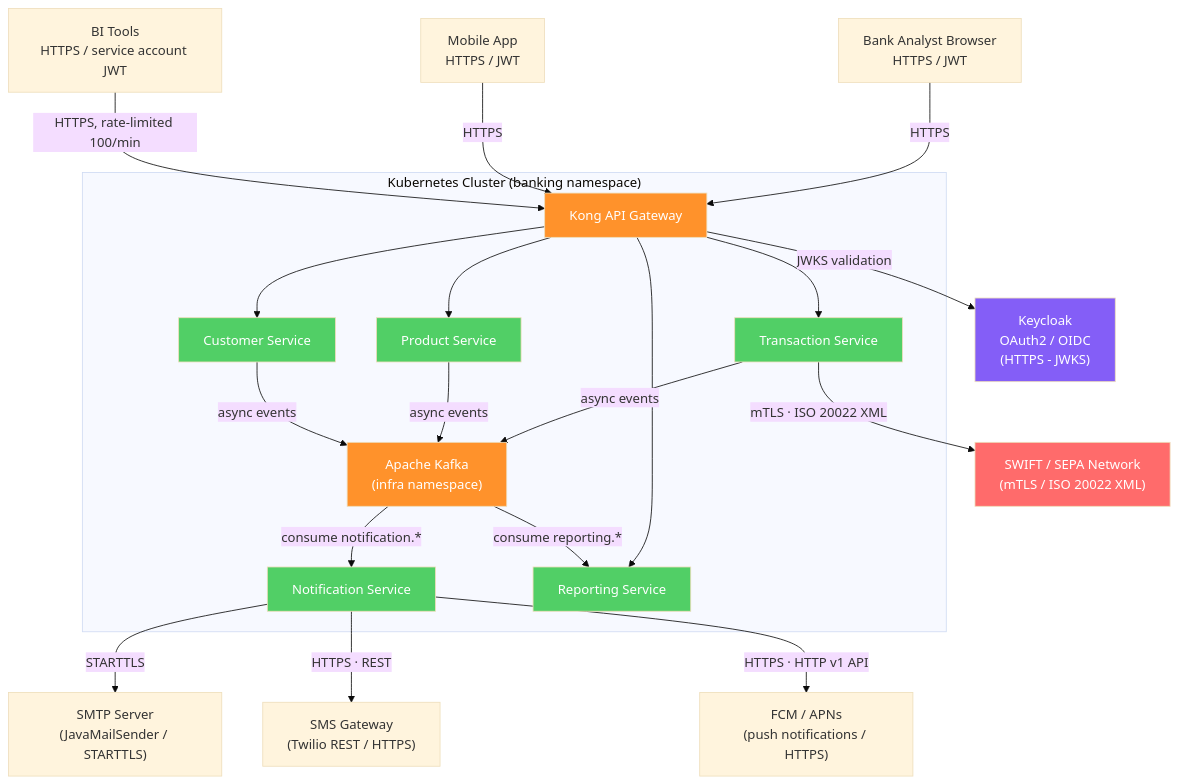
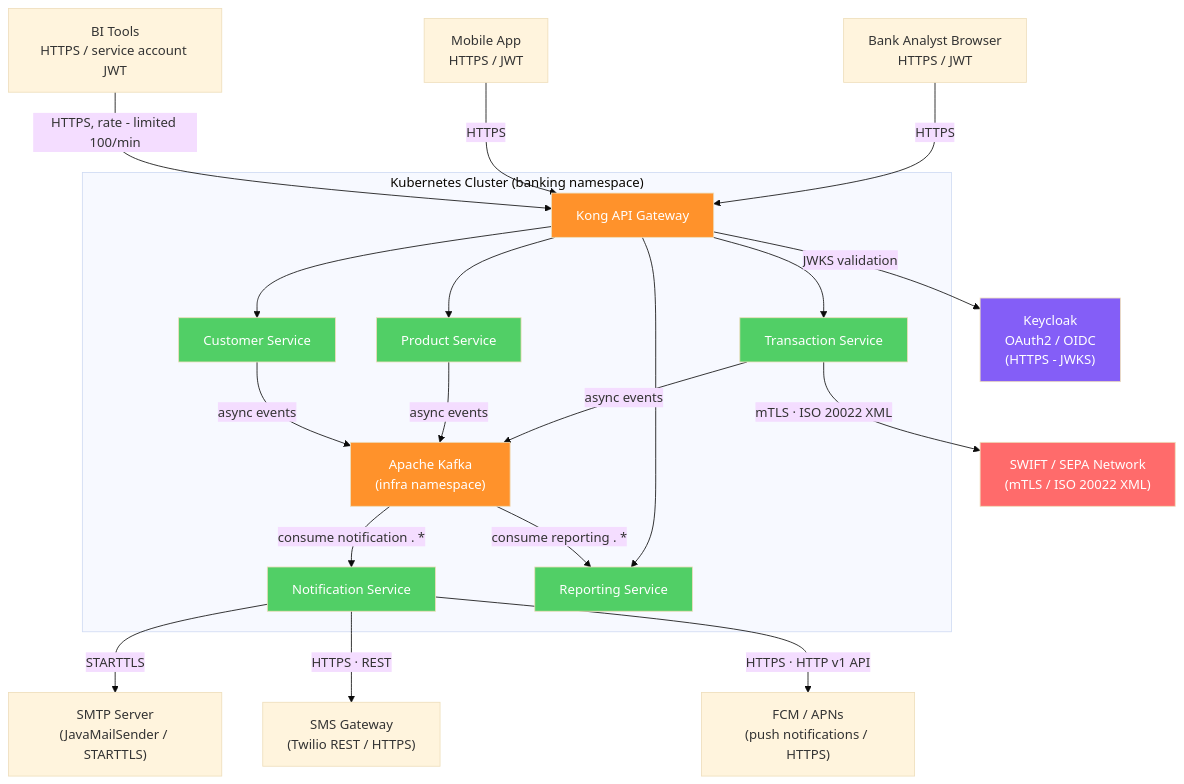
The fifth of 8 diagrams in communication and ci-cd.md (makeitfine-org/reporting), drawn with Mermaid (base theme) before and after one commit. The commit also changed other lines of this file and 162 other files, not shown here.

````diff
--- a/communication and ci-cd.md
+++ b/communication and ci-cd.md
@@ -803,53 +831,47 @@
 ```mermaid
 graph TB
     subgraph K8sCluster["Kubernetes Cluster (banking namespace)"]
         Kong["Kong API Gateway"]
         CustomerSvc["Customer Service"]
         TransactionSvc["Transaction Service"]
         ProductSvc["Product Service"]
         NotificationSvc["Notification Service"]
         ReportingSvc["Reporting Service"]
         Kafka["Apache Kafka<br/>(infra namespace)"]
     end
 
     Browser["Bank Analyst Browser<br/>HTTPS / JWT"]
     MobileApp["Mobile App<br/>HTTPS / JWT"]
     BITools["BI Tools<br/>HTTPS / service account JWT"]
-
     Keycloak["Keycloak<br/>OAuth2 / OIDC<br/>(HTTPS - JWKS)"]
     SMTP["SMTP Server<br/>(JavaMailSender / STARTTLS)"]
     SMS["SMS Gateway<br/>(Twilio REST / HTTPS)"]
     FCM["FCM / APNs<br/>(push notifications / HTTPS)"]
     SWIFT["SWIFT / SEPA Network<br/>(mTLS / ISO 20022 XML)"]
-
     Browser -->|HTTPS| Kong
     MobileApp -->|HTTPS| Kong
-    BITools -->|HTTPS, rate-limited 100/min| Kong
-
+    BITools -->|HTTPS, rate - limited 100/min| Kong
     Kong -->|JWKS validation| Keycloak
     Kong --> CustomerSvc
     Kong --> TransactionSvc
     Kong --> ProductSvc
     Kong --> ReportingSvc
-
     TransactionSvc -->|mTLS · ISO 20022 XML| SWIFT
     NotificationSvc -->|STARTTLS| SMTP
     NotificationSvc -->|HTTPS · REST| SMS
     NotificationSvc -->|HTTPS · HTTP v1 API| FCM
-
     TransactionSvc -->|async events| Kafka
     ProductSvc -->|async events| Kafka
     CustomerSvc -->|async events| Kafka
-    Kafka -->|consume reporting.*| ReportingSvc
-    Kafka -->|consume notification.*| NotificationSvc
-
-    style Kong fill:#ff922b,color:#fff
-    style Kafka fill:#ff922b,color:#fff
-    style Keycloak fill:#845ef7,color:#fff
-    style SWIFT fill:#ff6b6b,color:#fff
-    style CustomerSvc fill:#51cf66,color:#fff
-    style TransactionSvc fill:#51cf66,color:#fff
-    style ProductSvc fill:#51cf66,color:#fff
-    style NotificationSvc fill:#51cf66,color:#fff
-    style ReportingSvc fill:#51cf66,color:#fff
+    Kafka -->|consume reporting . *| ReportingSvc
+    Kafka -->|consume notification . *| NotificationSvc
+    style Kong fill: #ff922b, color: #fff
+    style Kafka fill: #ff922b, color: #fff
+    style Keycloak fill: #845ef7, color: #fff
+    style SWIFT fill: #ff6b6b, color: #fff
+    style CustomerSvc fill: #51cf66, color: #fff
+    style TransactionSvc fill: #51cf66, color: #fff
+    style ProductSvc fill: #51cf66, color: #fff
+    style NotificationSvc fill: #51cf66, color: #fff
+    style ReportingSvc fill: #51cf66, color: #fff
 ```
````
